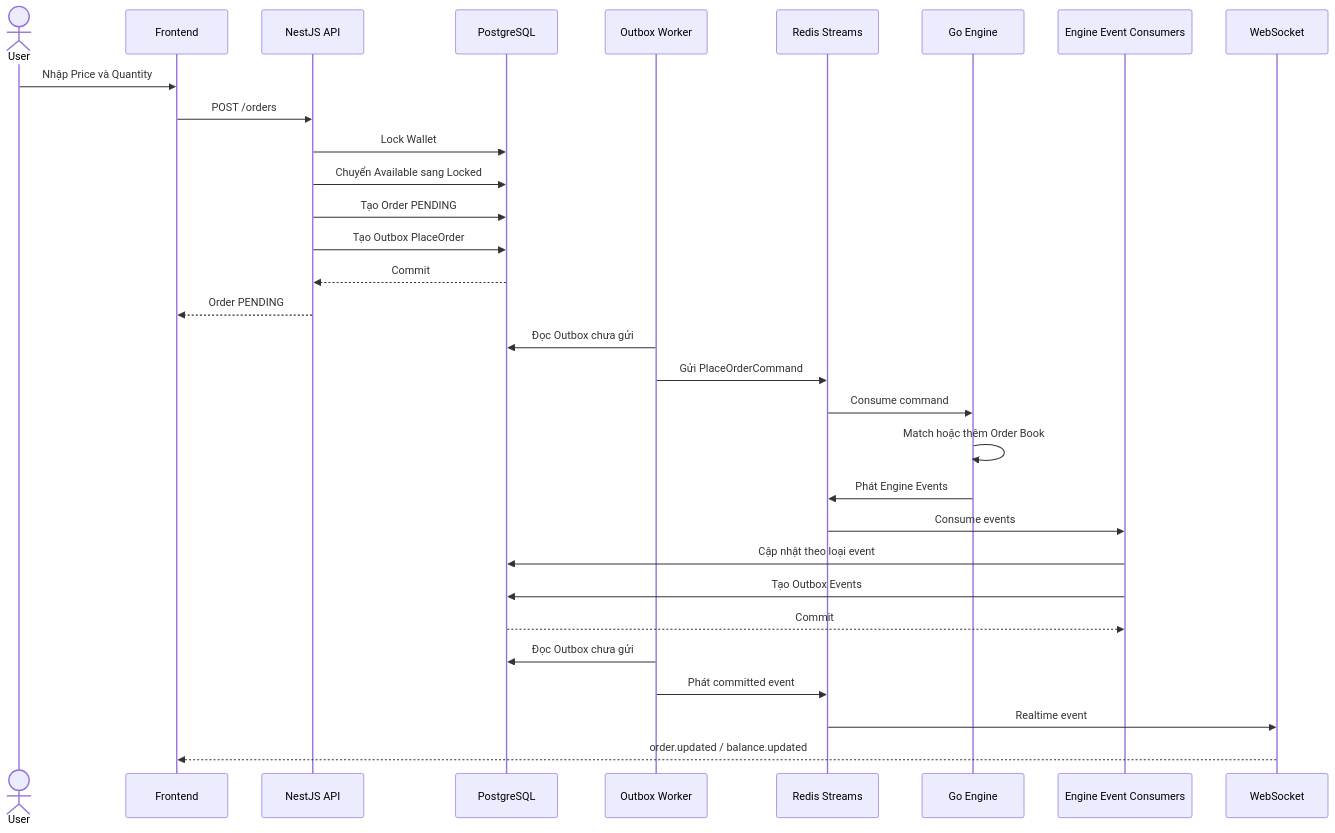
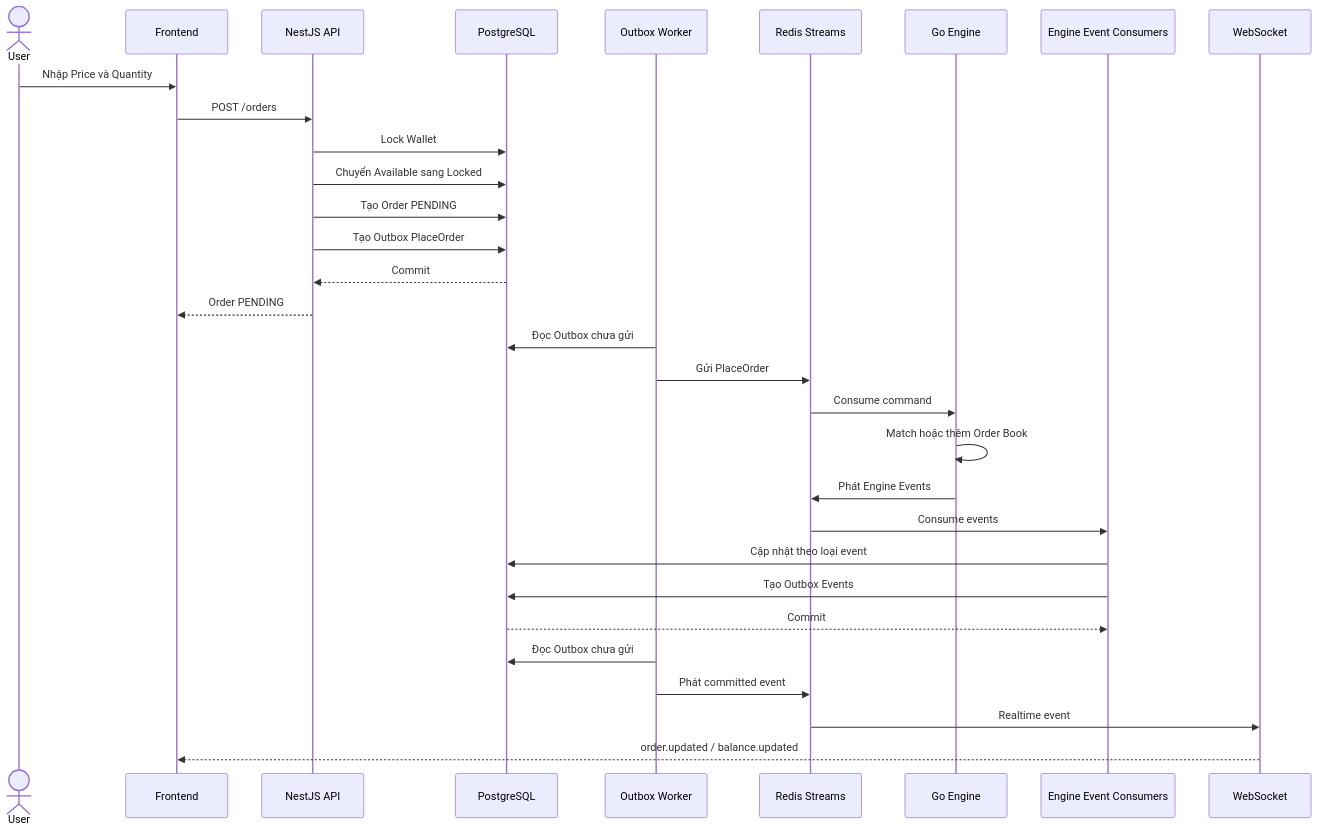
The fourth of 9 diagrams in docs/06-system-architecture.md (TrVHau/hau-cex), drawn with Mermaid before and after one commit. The commit also changed other lines of this file and 6 other files, not shown here.

````diff
--- a/docs/06-system-architecture.md
+++ b/docs/06-system-architecture.md
@@ -697,35 +705,35 @@
 ```mermaid
 sequenceDiagram
     actor U as User
     participant FE as Frontend
     participant API as NestJS API
     participant DB as PostgreSQL
     participant OW as Outbox Worker
     participant RS as Redis Streams
     participant ME as Go Engine
     participant EVC as Engine Event Consumers
     participant WS as WebSocket
 
     U->>FE: Nhập Price và Quantity
     FE->>API: POST /orders
     API->>DB: Lock Wallet
     API->>DB: Chuyển Available sang Locked
     API->>DB: Tạo Order PENDING
     API->>DB: Tạo Outbox PlaceOrder
     DB-->>API: Commit
     API-->>FE: Order PENDING
 
     OW->>DB: Đọc Outbox chưa gửi
-    OW->>RS: Gửi PlaceOrderCommand
+    OW->>RS: Gửi PlaceOrder
     RS->>ME: Consume command
     ME->>ME: Match hoặc thêm Order Book
     ME->>RS: Phát Engine Events
     RS->>EVC: Consume events
     EVC->>DB: Cập nhật theo loại event
     EVC->>DB: Tạo Outbox Events
     DB-->>EVC: Commit
     OW->>DB: Đọc Outbox chưa gửi
     OW->>RS: Phát committed event
     RS->>WS: Realtime event
     WS-->>FE: order.updated / balance.updated
 ```
````
